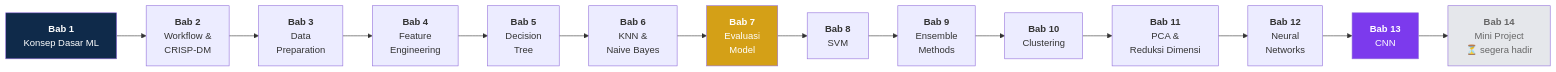
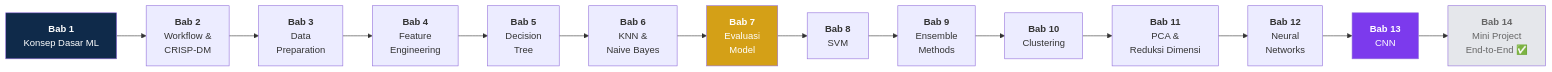
Before and after one commit to dandienter/praktikumML: the diagram in README.md, drawn with Mermaid. The commit also changed other lines of this file and 6 other files, not shown here.

First line of the commit message:
Bab 14: Mini Project End-to-End Prediksi Penyakit Jantung

````diff
--- a/README.md
+++ b/README.md
@@ -27,21 +27,21 @@
 ```mermaid
 flowchart LR
     A["<b>Bab 1</b><br/>Konsep Dasar ML"] --> B["<b>Bab 2</b><br/>Workflow &<br/>CRISP-DM"]
     B --> C["<b>Bab 3</b><br/>Data<br/>Preparation"]
     C --> D["<b>Bab 4</b><br/>Feature<br/>Engineering"]
     D --> E["<b>Bab 5</b><br/>Decision<br/>Tree"]
     E --> F["<b>Bab 6</b><br/>KNN &<br/>Naive Bayes"]
     F --> G["<b>Bab 7</b><br/>Evaluasi<br/>Model"]
     G --> H["<b>Bab 8</b><br/>SVM"]
     H --> I["<b>Bab 9</b><br/>Ensemble<br/>Methods"]
     I --> J["<b>Bab 10</b><br/>Clustering"]
     J --> K["<b>Bab 11</b><br/>PCA &<br/>Reduksi Dimensi"]
     K --> L["<b>Bab 12</b><br/>Neural<br/>Networks"]
     L --> M["<b>Bab 13</b><br/>CNN"]
-    M --> N["<b>Bab 14</b><br/>Mini Project<br/>⏳ segera hadir"]
+    M --> N["<b>Bab 14</b><br/>Mini Project<br/>End-to-End ✅"]
 
     style A fill:#0f2a4a,color:#fff
     style G fill:#d4a017,color:#fff
     style M fill:#7c3aed,color:#fff
     style N fill:#e5e7eb,color:#666
 ```
````
